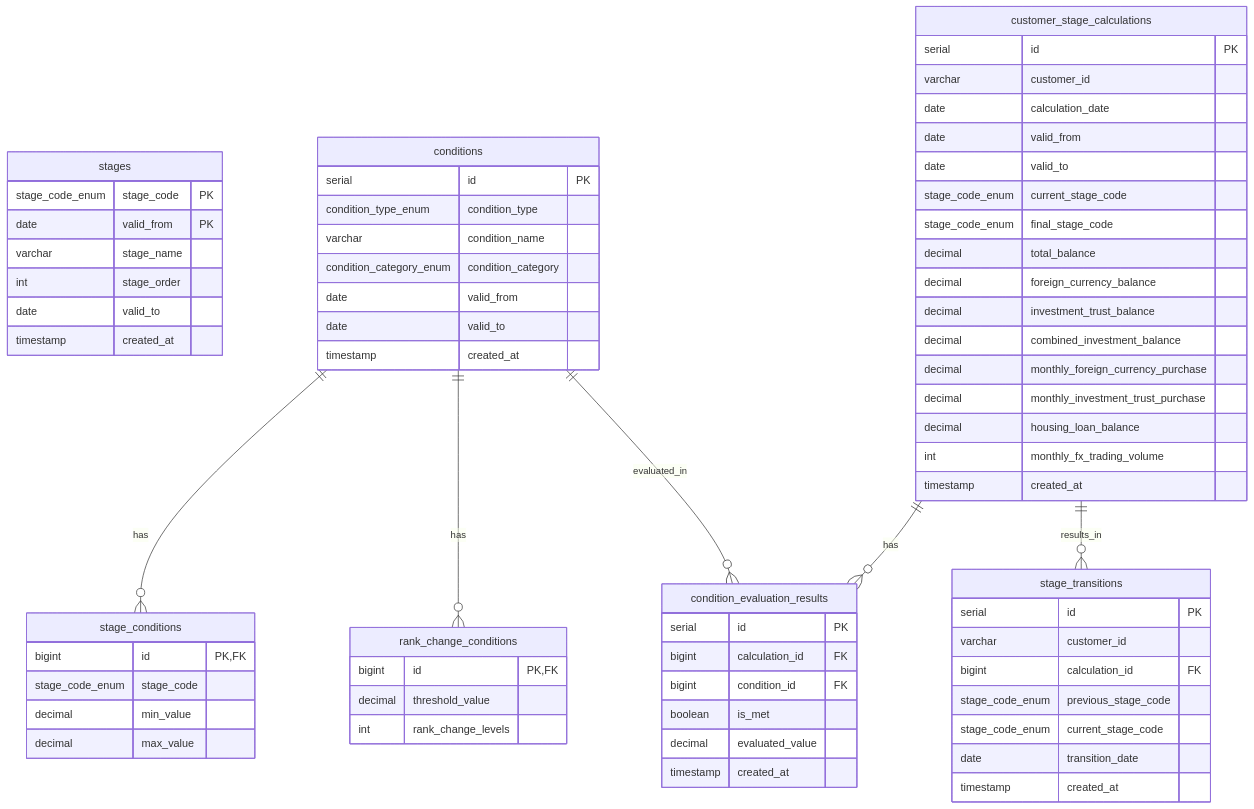
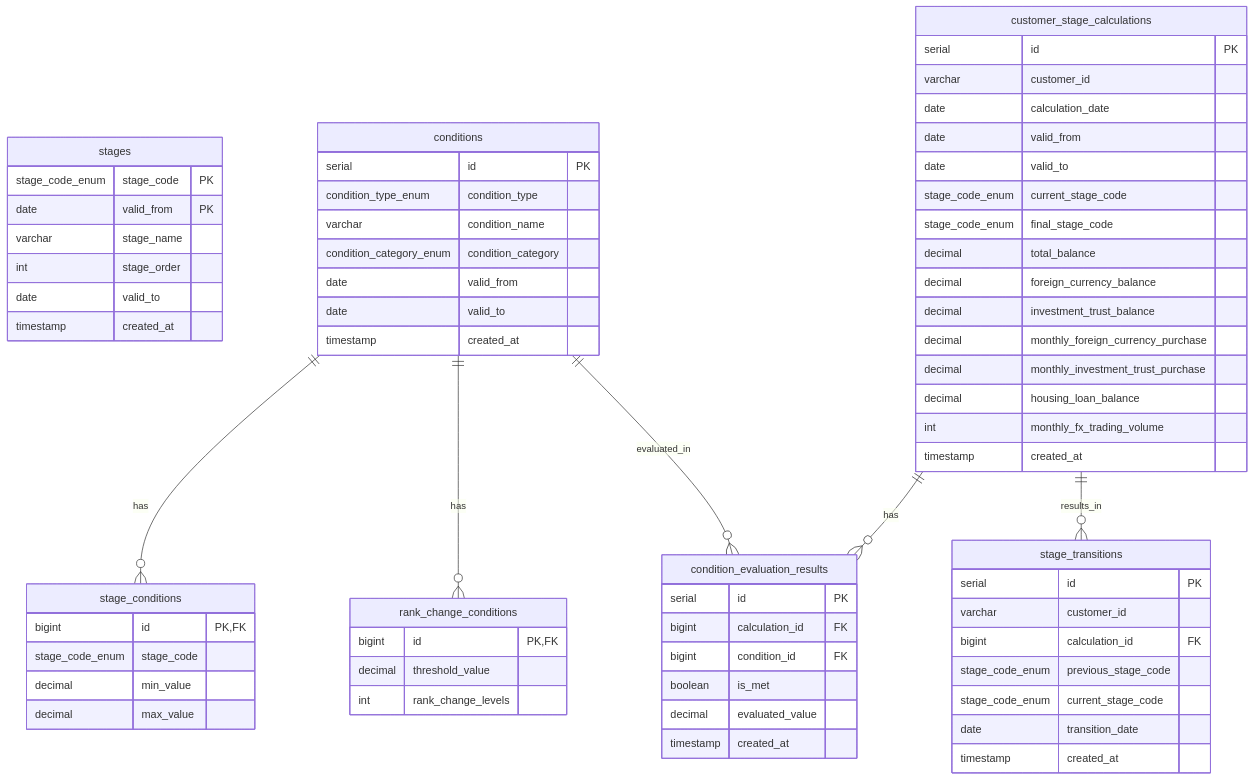
The diagram in docs/design.md (making/bank-account-stage-batch), drawn with Mermaid before and after one commit. The commit also changed other lines of this file and 3 other files, not shown here.

Commit message:
Remove `combined_investment_balance` colum from `customer_stage_calculations` table

````diff
--- a/docs/design.md
+++ b/docs/design.md
@@ -278,78 +276,77 @@
 ```mermaid
 erDiagram
     stages {
         stage_code_enum stage_code PK
         date valid_from PK
         varchar stage_name
         int stage_order
         date valid_to
         timestamp created_at
     }
 
     conditions {
         serial id PK
         condition_type_enum condition_type
         varchar condition_name
         condition_category_enum condition_category
         date valid_from
         date valid_to
         timestamp created_at
     }
 
     stage_conditions {
         bigint id PK, FK
         stage_code_enum stage_code
         decimal min_value
         decimal max_value
     }
 
     rank_change_conditions {
         bigint id PK, FK
         decimal threshold_value
         int rank_change_levels
     }
 
     customer_stage_calculations {
         serial id PK
         varchar customer_id
         date calculation_date
         date valid_from
         date valid_to
         stage_code_enum current_stage_code
         stage_code_enum final_stage_code
         decimal total_balance
         decimal foreign_currency_balance
         decimal investment_trust_balance
-        decimal combined_investment_balance
         decimal monthly_foreign_currency_purchase
         decimal monthly_investment_trust_purchase
         decimal housing_loan_balance
         int monthly_fx_trading_volume
         timestamp created_at
     }
 
     condition_evaluation_results {
         serial id PK
         bigint calculation_id FK
         bigint condition_id FK
         boolean is_met
         decimal evaluated_value
         timestamp created_at
     }
 
     stage_transitions {
         serial id PK
         varchar customer_id
         bigint calculation_id FK
         stage_code_enum previous_stage_code
         stage_code_enum current_stage_code
         date transition_date
         timestamp created_at
     }
 
     conditions ||--o{ stage_conditions: "has"
     conditions ||--o{ rank_change_conditions: "has"
     customer_stage_calculations ||--o{ condition_evaluation_results: "has"
     conditions ||--o{ condition_evaluation_results: "evaluated_in"
     customer_stage_calculations ||--o{ stage_transitions: "results_in"
 ```
````
